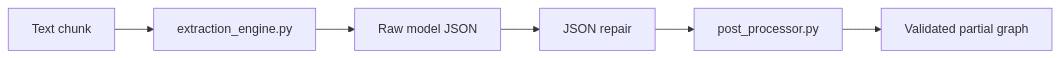
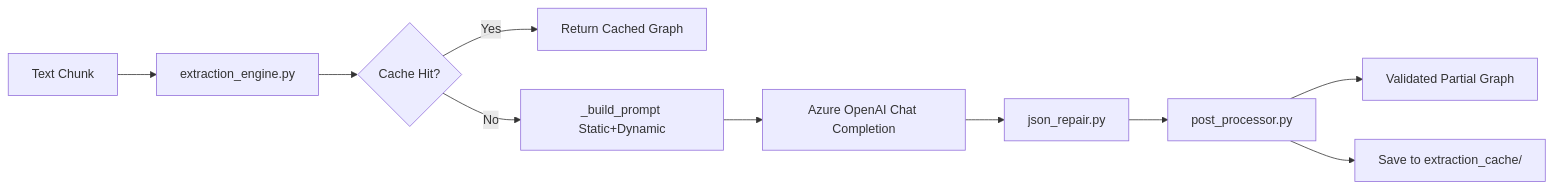
One commit to zvieli/MAG_Agent changed the diagram in src/extraction/README.md. Above: the diagram before and after it, drawn with Mermaid. The commit also changed other lines of this file and 10 other files, not shown here.

````diff
--- a/src/extraction/README.md
+++ b/src/extraction/README.md
@@ -20,8 +42,12 @@
 ```mermaid
 graph LR
-    Chunk[Text chunk] --> Engine[extraction_engine.py]
-    Engine --> Raw[Raw model JSON]
-    Raw --> Repair[JSON repair]
-    Repair --> Post[post_processor.py]
-    Post --> Graph[Validated partial graph]
+    Chunk[Text Chunk] --> Engine[extraction_engine.py]
+    Engine --> CacheCheck{Cache Hit?}
+    CacheCheck -- Yes --> CachedGraph[Return Cached Graph]
+    CacheCheck -- No --> PromptBuild[_build_prompt Static+Dynamic]
+    PromptBuild --> LLM[Azure OpenAI Chat Completion]
+    LLM --> JSONRepair[json_repair.py]
+    JSONRepair --> PostProcessor[post_processor.py]
+    PostProcessor --> PartialGraph[Validated Partial Graph]
+    PostProcessor --> StoreCache[Save to extraction_cache/]
 ```
````
